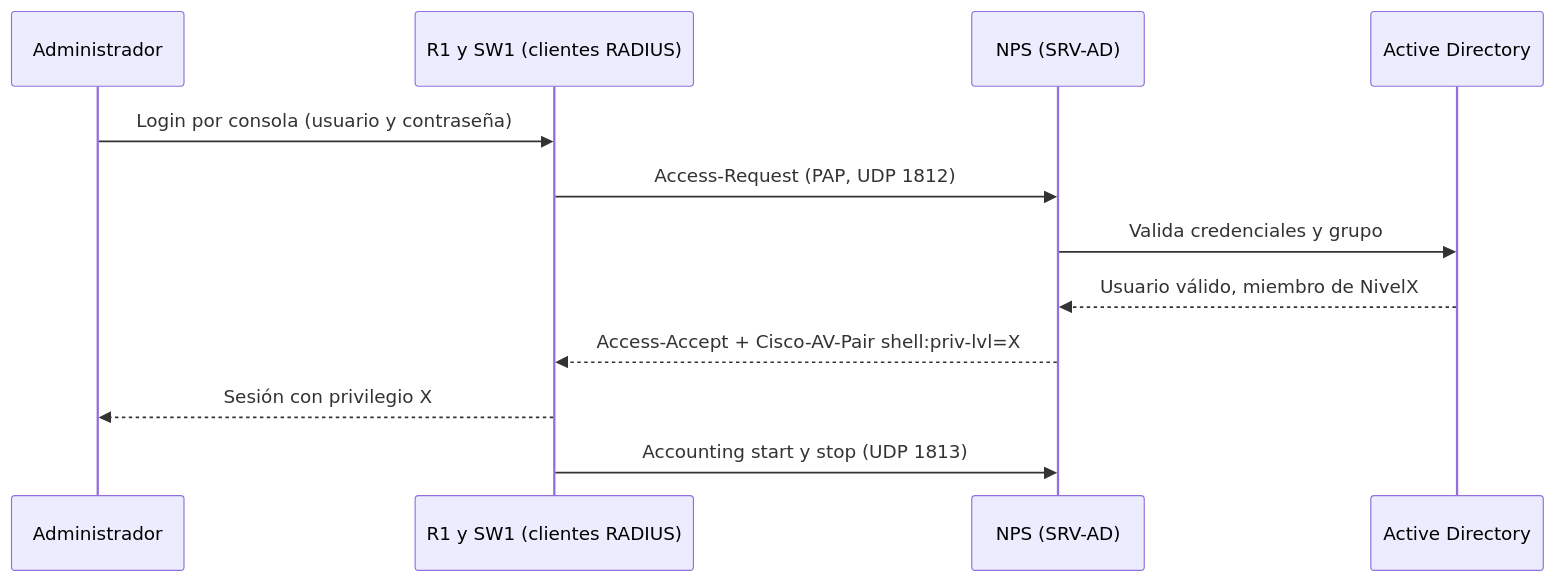
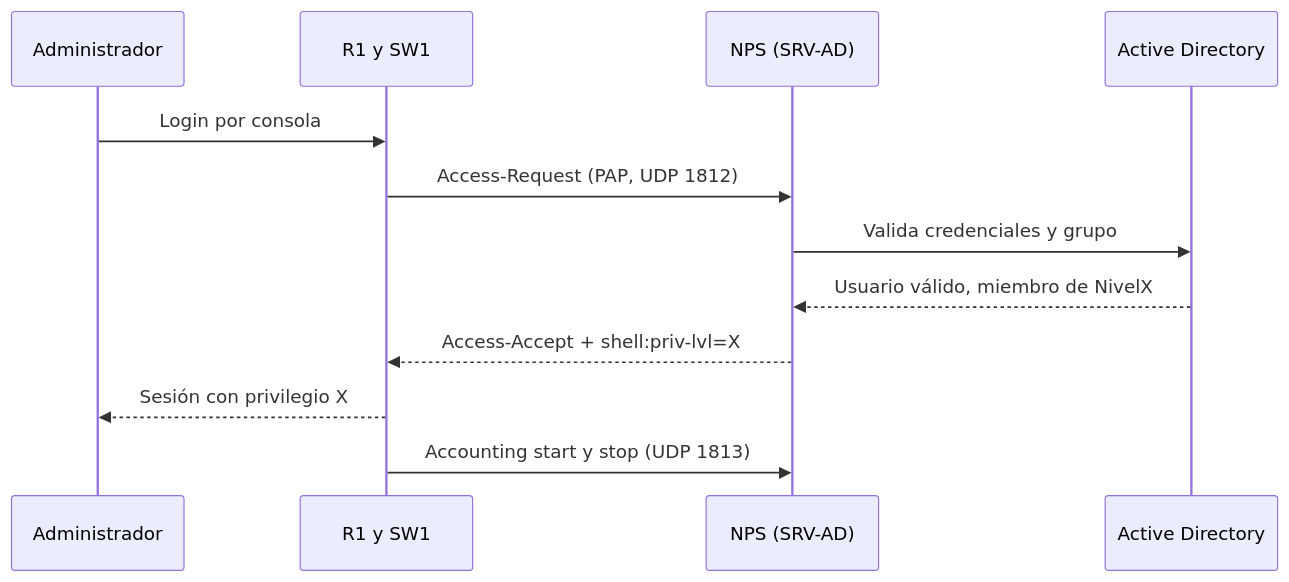
The second of 3 diagrams in README.md (sebas533/Asiganacion-2), drawn with Mermaid before and after one commit. The commit also changed other lines of this file, not shown here.

````diff
--- a/README.md
+++ b/README.md
@@ -111,14 +85,14 @@
 ```mermaid
 sequenceDiagram
     participant U as Administrador
-    participant D as R1 y SW1 (clientes RADIUS)
+    participant D as R1 y SW1
     participant N as NPS (SRV-AD)
     participant A as Active Directory
-    U->>D: Login por consola (usuario y contraseña)
+    U->>D: Login por consola
     D->>N: Access-Request (PAP, UDP 1812)
     N->>A: Valida credenciales y grupo
     A-->>N: Usuario válido, miembro de NivelX
-    N-->>D: Access-Accept + Cisco-AV-Pair shell:priv-lvl=X
+    N-->>D: Access-Accept + shell:priv-lvl=X
     D-->>U: Sesión con privilegio X
     D->>N: Accounting start y stop (UDP 1813)
 ```
````
